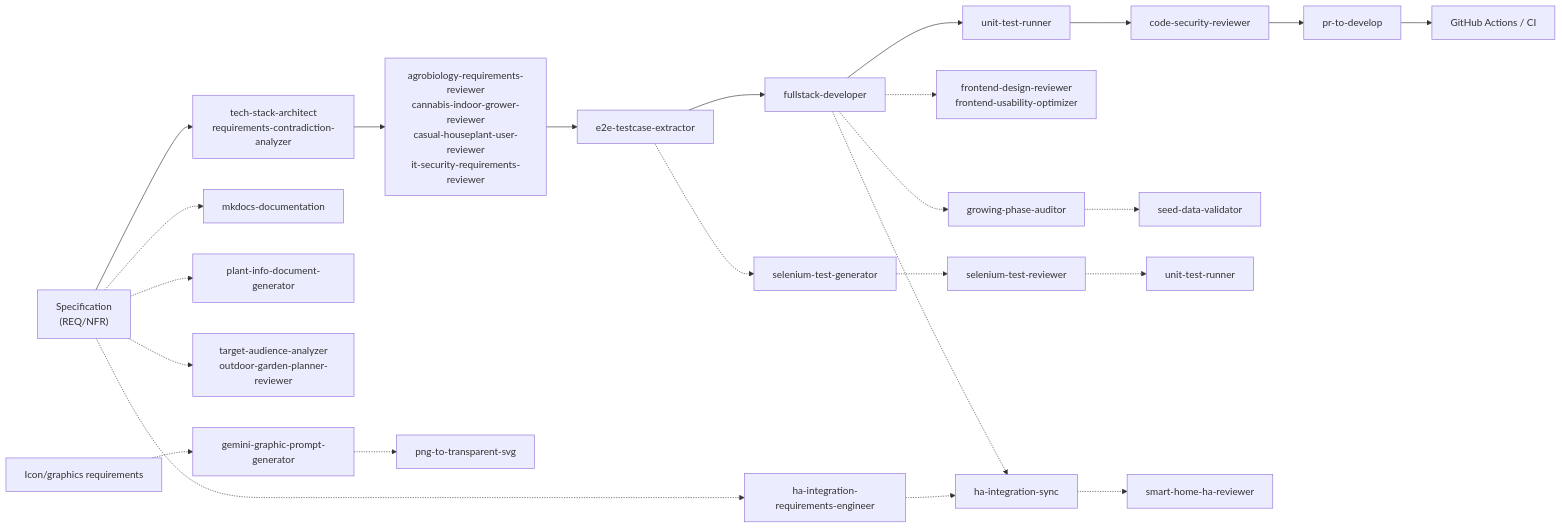
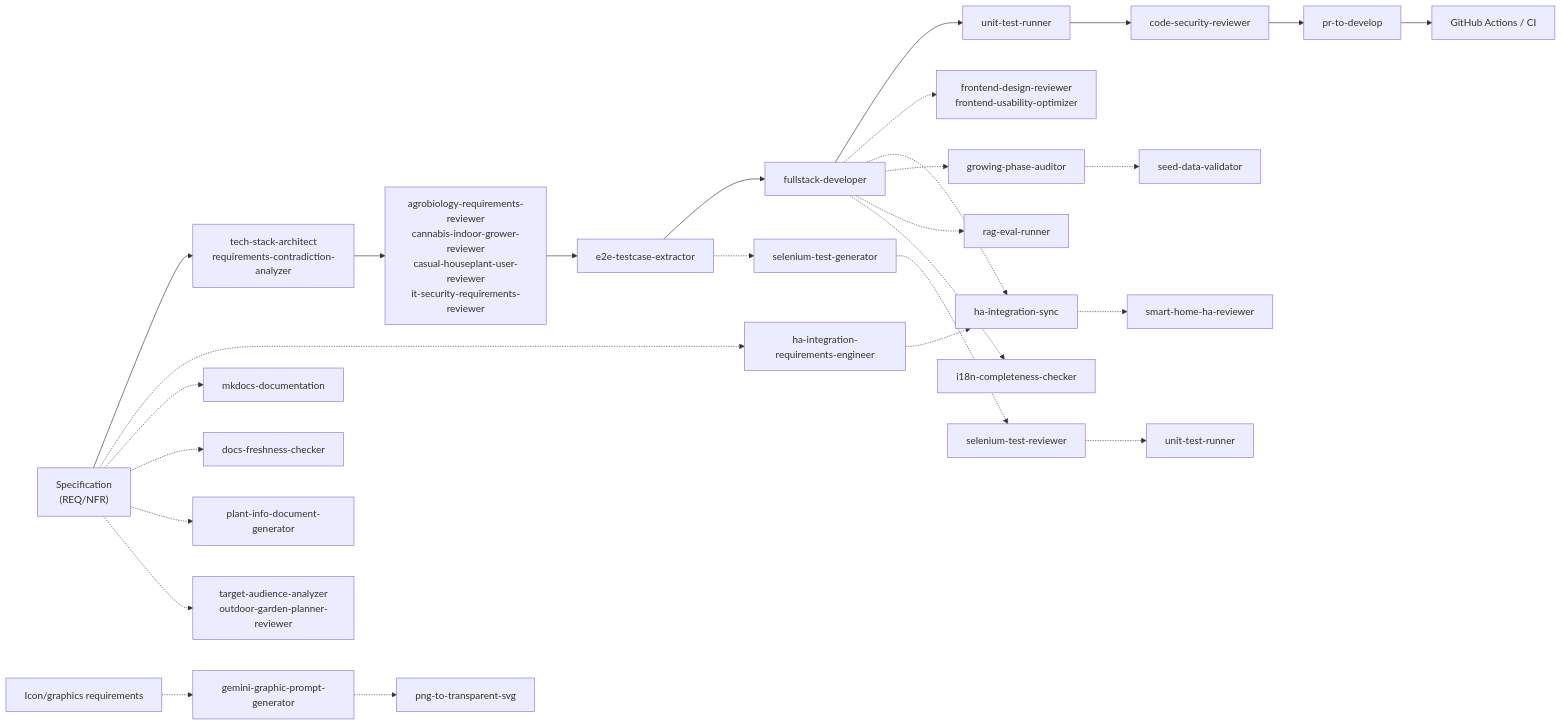
The diagram in docs/en/development/agent-catalog.md (nolte/kamerplanter), drawn with Mermaid before and after one commit. The commit also changed other lines of this file and 350 other files, not shown here.

````diff
--- a/docs/en/development/agent-catalog.md
+++ b/docs/en/development/agent-catalog.md
@@ -776,31 +858,35 @@
 ```mermaid
 graph LR
     A["Specification<br/>(REQ/NFR)"] --> B["tech-stack-architect<br/>requirements-contradiction-analyzer"]
     B --> C["agrobiology-requirements-reviewer<br/>cannabis-indoor-grower-reviewer<br/>casual-houseplant-user-reviewer<br/>it-security-requirements-reviewer"]
     C --> D["e2e-testcase-extractor"]
     D --> E["fullstack-developer"]
     E --> F["unit-test-runner"]
     F --> G["code-security-reviewer"]
     G --> H["pr-to-develop"]
     H --> I["GitHub Actions / CI"]
 
     E -.-> J["frontend-design-reviewer<br/>frontend-usability-optimizer"]
     E -.-> K["ha-integration-sync"]
     E -.-> L["growing-phase-auditor"]
     L -.-> M["seed-data-validator"]
 
     D -.-> N["selenium-test-generator"]
     N -.-> O["selenium-test-reviewer"]
     O -.-> P["unit-test-runner"]
 
     A -.-> Q["ha-integration-requirements-engineer"]
     Q -.-> K
     K -.-> R["smart-home-ha-reviewer"]
 
+    E -.-> RAG["rag-eval-runner"]
+    E -.-> I18N["i18n-completeness-checker"]
+
     A -.-> S["mkdocs-documentation"]
+    A -.-> FRESH["docs-freshness-checker"]
     A -.-> T["plant-info-document-generator"]
     A -.-> U["target-audience-analyzer<br/>outdoor-garden-planner-reviewer"]
 
     V["Icon/graphics requirements"] -.-> W["gemini-graphic-prompt-generator"]
     W -.-> X["png-to-transparent-svg"]
 ```
````
